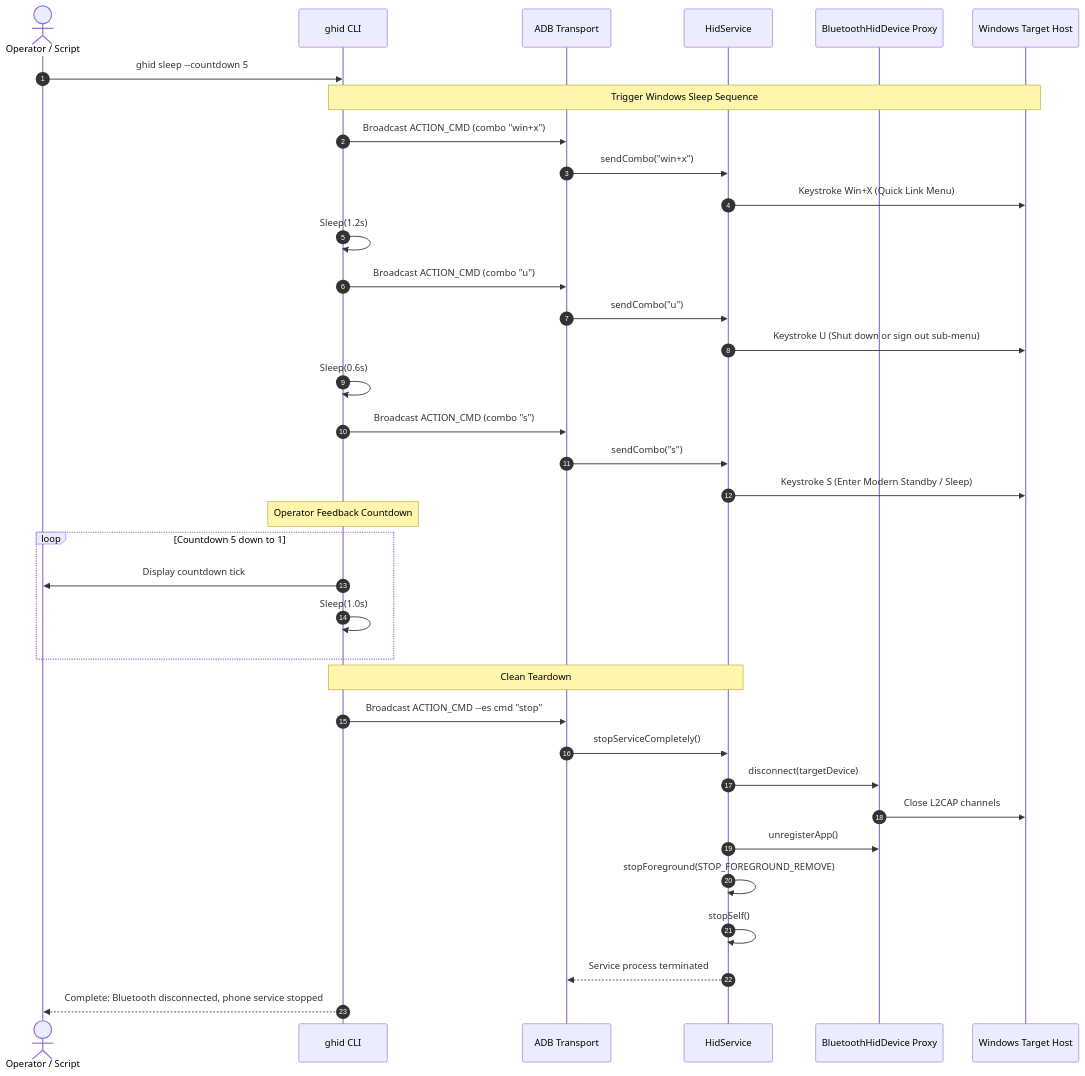
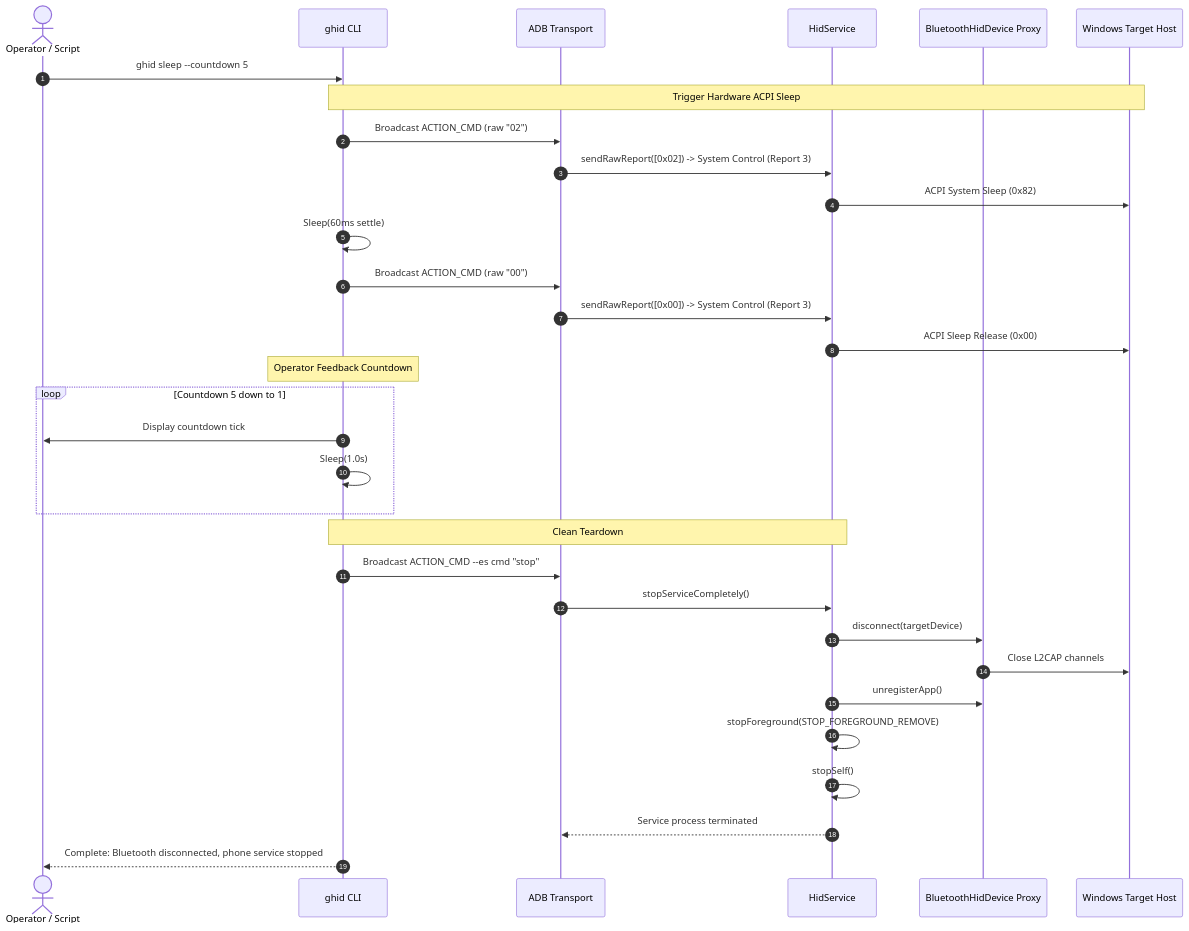
One commit to ShubhamJ010/ghid-cli changed the fourth of 8 diagrams in docs/flows.md. Above: the diagram before and after it, drawn with Mermaid. The commit also changed 11 other files, not shown here.

First line of the commit message:
feat: switch sleep sequence to hardware ACPI across CLI and Android

````diff
--- a/docs/flows.md
+++ b/docs/flows.md
@@ -183,44 +183,38 @@
 ```mermaid
 sequenceDiagram
     autonumber
     actor Operator as Operator / Script
     participant CLI as ghid CLI
     participant ADB as ADB Transport
     participant Service as HidService
     participant BTDaemon as BluetoothHidDevice Proxy
     participant Target as Windows Target Host
 
     Operator->>CLI: ghid sleep --countdown 5
     
-    Note over CLI,Target: Trigger Windows Sleep Sequence
-    CLI->>ADB: Broadcast ACTION_CMD (combo "win+x")
-    ADB->>Service: sendCombo("win+x")
-    Service->>Target: Keystroke Win+X (Quick Link Menu)
-    CLI->>CLI: Sleep(1.2s)
-    
-    CLI->>ADB: Broadcast ACTION_CMD (combo "u")
-    ADB->>Service: sendCombo("u")
-    Service->>Target: Keystroke U (Shut down or sign out sub-menu)
-    CLI->>CLI: Sleep(0.6s)
-
-    CLI->>ADB: Broadcast ACTION_CMD (combo "s")
-    ADB->>Service: sendCombo("s")
-    Service->>Target: Keystroke S (Enter Modern Standby / Sleep)
+    Note over CLI,Target: Trigger Hardware ACPI Sleep
+    CLI->>ADB: Broadcast ACTION_CMD (raw "02")
+    ADB->>Service: sendRawReport([0x02]) -> System Control (Report 3)
+    Service->>Target: ACPI System Sleep (0x82)
+    CLI->>CLI: Sleep(60ms settle)
+    CLI->>ADB: Broadcast ACTION_CMD (raw "00")
+    ADB->>Service: sendRawReport([0x00]) -> System Control (Report 3)
+    Service->>Target: ACPI Sleep Release (0x00)
     
     Note over CLI: Operator Feedback Countdown
     loop Countdown 5 down to 1
         CLI->>Operator: Display countdown tick
         CLI->>CLI: Sleep(1.0s)
     end
 
     Note over CLI,Service: Clean Teardown
     CLI->>ADB: Broadcast ACTION_CMD --es cmd "stop"
     ADB->>Service: stopServiceCompletely()
     Service->>BTDaemon: disconnect(targetDevice)
     BTDaemon->>Target: Close L2CAP channels
     Service->>BTDaemon: unregisterApp()
     Service->>Service: stopForeground(STOP_FOREGROUND_REMOVE)
     Service->>Service: stopSelf()
     Service-->>ADB: Service process terminated
     CLI-->>Operator: Complete: Bluetooth disconnected, phone service stopped
 ```
````
